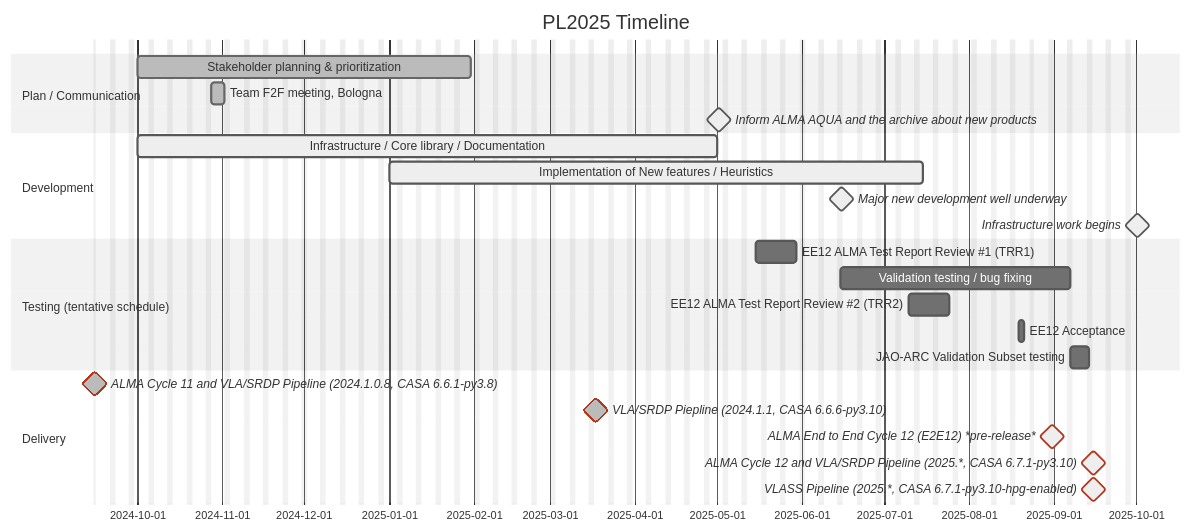
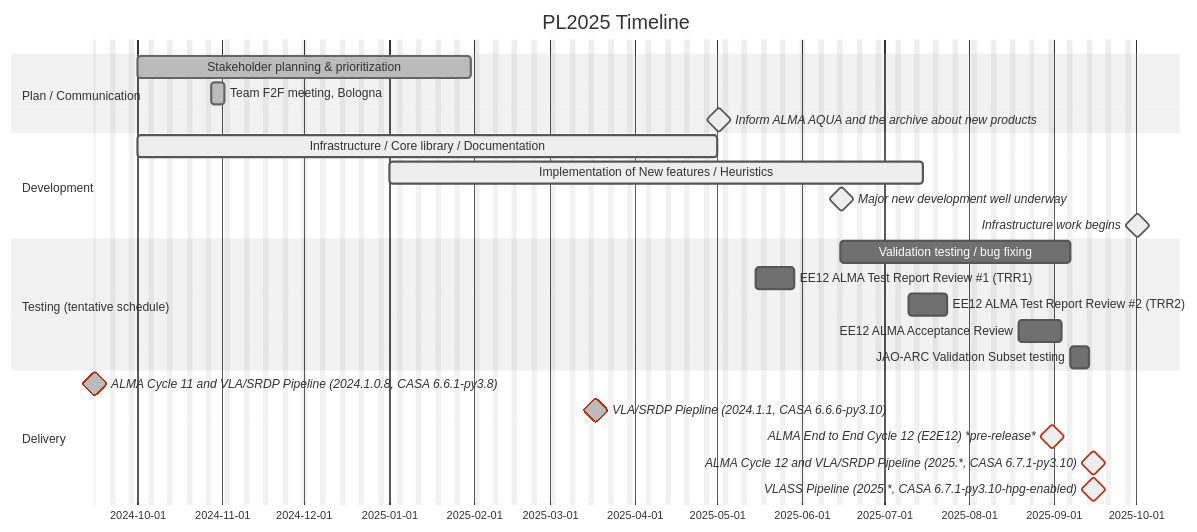
Before and after one commit to r-xue/pipeline: the first of 2 diagrams in docs/source/timeline.rst, drawn with Mermaid (neutral theme).

Commit message:
PIPE-2347: update ALMA PL2025 test and review timeline.

```diff
--- a/docs/source/timeline.rst
+++ b/docs/source/timeline.rst
@@ -4,31 +4,31 @@
 .. mermaid::
 
     gantt
         title PL2025 Timeline
         dateFormat  YYYY-MM-DD
         excludes weekends
         
         section Plan / Communication
         Stakeholder planning & prioritization    :done, des1, 2024-10-01, 2025-01-31
         Team F2F meeting, Bologna               :done, 2024-10-28, 5d
         Inform ALMA AQUA and the archive about new products :active, milestone, 2025-05-01, 1d
 
         section Development
         Infrastructure / Core library / Documentation  :active, 2024-10-01, 2025-05-01
         Implementation of New features / Heuristics :active, 2025-01-01, 2025-07-15
         Major new development well underway     :active, milestone, 2025-06-15, 1d
         Infrastructure work begins               :active, milestone, 2025-10-01, 1d
 
         section Testing (tentative schedule)
-        EE12 ALMA Test Report Review #1 (TRR1)       :test1, 2025-05-15, 2025-05-30
-        Validation testing / bug fixing         :test2, 2025-06-15, 2025-09-07
-        EE12 ALMA Test Report Review #2 (TRR2)       :test3, 2025-07-10, 2025-07-25
-        EE12 Acceptance                       : test4, 2025-08-19, 2025-08-21
-        JAO-ARC Validation Subset testing       :test5, 2025-09-07, 2025-09-14
+        Validation testing / bug fixing             :test1, 2025-06-15, 2025-09-07
+        EE12 ALMA Test Report Review #1 (TRR1)      :test2, 2025-05-15, 2025-05-29
+        EE12 ALMA Test Report Review #2 (TRR2)      :test3, 2025-07-10, 2025-07-24
+        EE12 ALMA Acceptance Review                 :test4, 2025-08-19, 2025-09-04
+        JAO-ARC Validation Subset testing           :test5, 2025-09-07, 2025-09-14
 
         section Delivery
         ALMA Cycle 11 and VLA/SRDP Pipeline (2024.1.0.8, CASA 6.6.1-py3.8) :done, crit, milestone, 2024-09-15, 1d
         VLA/SRDP Piepline (2024.1.1, CASA 6.6.6-py3.10) :done, crit, milestone, 2025-03-17, 1d
         ALMA End to End Cycle 12 (E2E12) *pre-release* :active, crit, milestone, 2025-08-31, 1d
         ALMA Cycle 12 and VLA/SRDP Pipeline (2025.*, CASA 6.7.1-py3.10) :active, crit, milestone, 2025-09-15, 1d
         VLASS Pipeline (2025.*, CASA 6.7.1-py3.10-hpg-enabled) :active, crit, milestone, 2025-09-15, 1d
```
